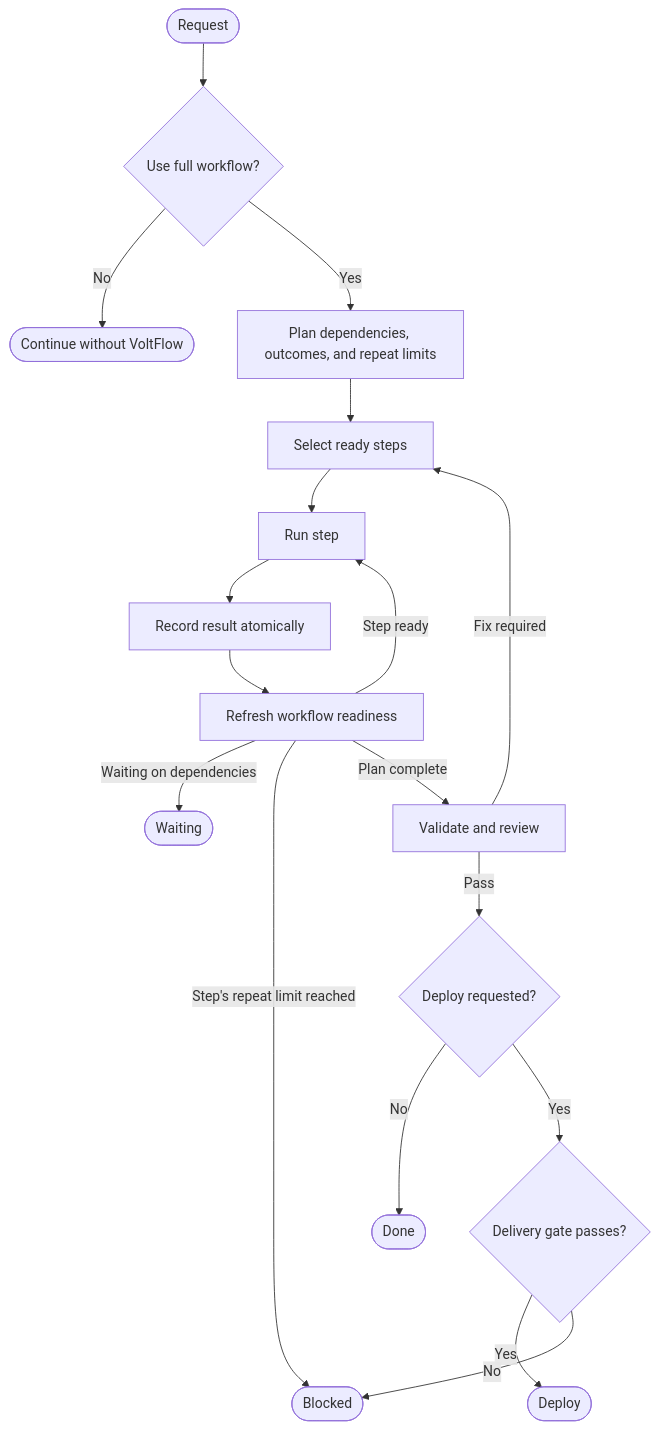
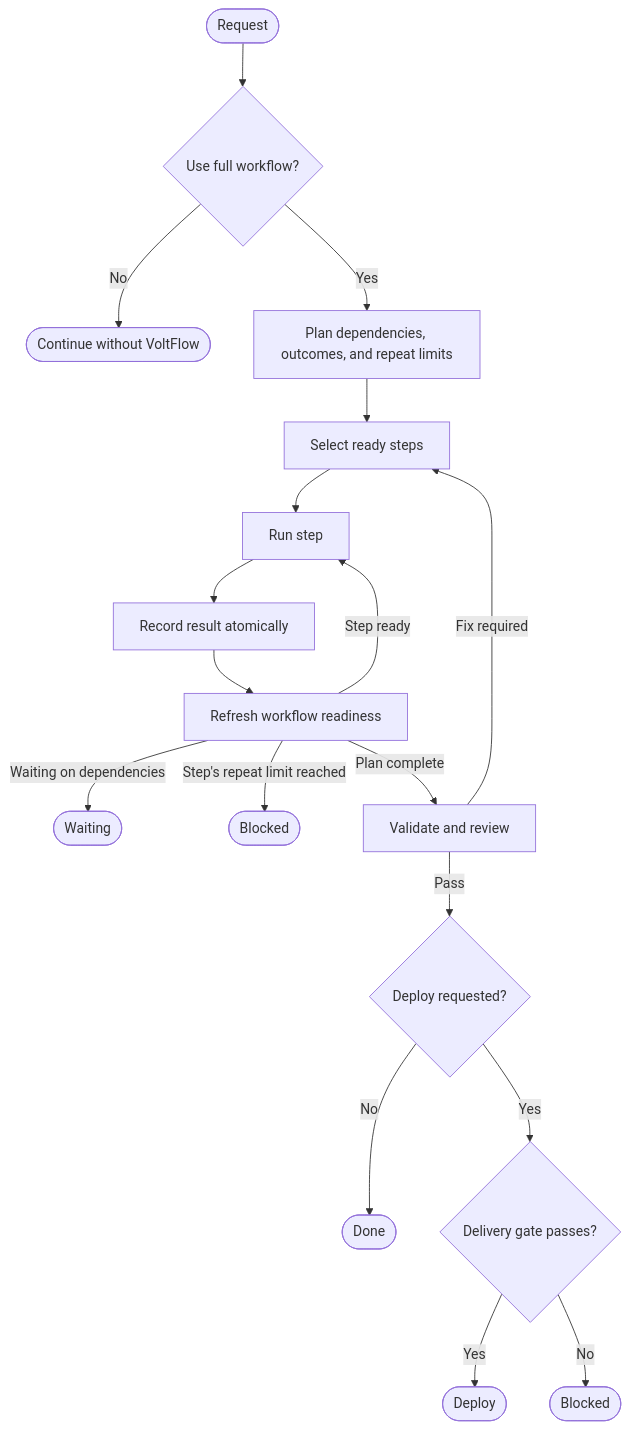
Before and after one commit to Team-Volt/voltflow: the diagram in README.md, drawn with Mermaid.

Commit message:
docs: uncross delivery gate branches

````diff
--- a/README.md
+++ b/README.md
@@ -24,23 +24,23 @@
 ```mermaid
 flowchart TB
     REQUEST(["Request"]) --> SCOPE{"Use full workflow?"}
     SCOPE -->|"No"| SKIP(["Continue without VoltFlow"])
     SCOPE -->|"Yes"| PLAN["Plan dependencies, outcomes, and repeat limits"]
 
     PLAN --> READY["Select ready steps"]
     READY --> RUN["Run step"]
     RUN --> RECORD["Record result atomically"]
     RECORD --> REFRESH["Refresh workflow readiness"]
 
     REFRESH -->|"Step ready"| RUN
     REFRESH -->|"Waiting on dependencies"| WAIT(["Waiting"])
     REFRESH -->|"Step's repeat limit reached"| BLOCKED(["Blocked"])
     REFRESH -->|"Plan complete"| VERIFY["Validate and review"]
 
     VERIFY -->|"Fix required"| READY
     VERIFY -->|"Pass"| DELIVERY{"Deploy requested?"}
     DELIVERY -->|"No"| DONE(["Done"])
     DELIVERY -->|"Yes"| GATE{"Delivery gate passes?"}
     GATE -->|"Yes"| DEPLOY(["Deploy"])
-    GATE -->|"No"| BLOCKED
+    GATE -->|"No"| GATE_BLOCKED(["Blocked"])
 ```
````
